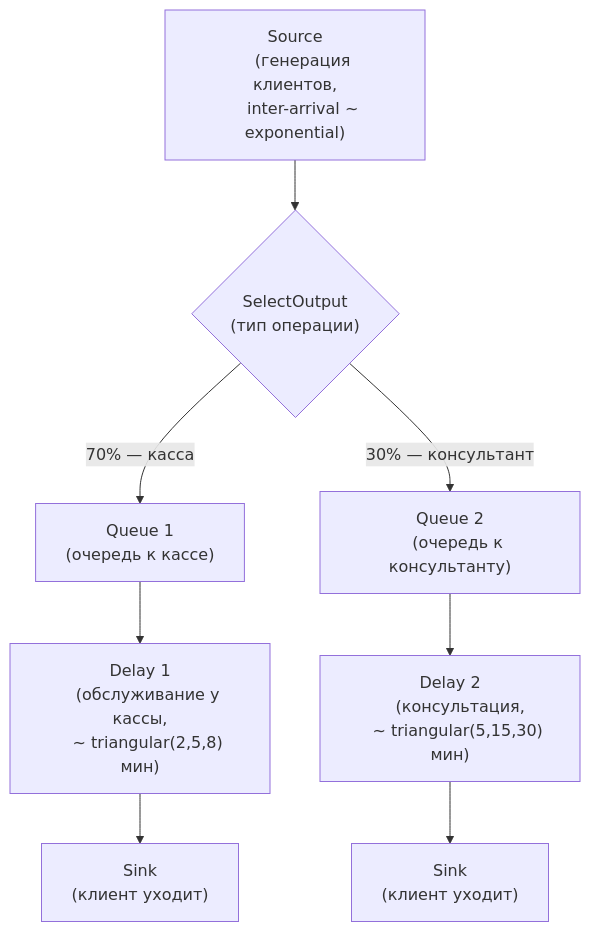
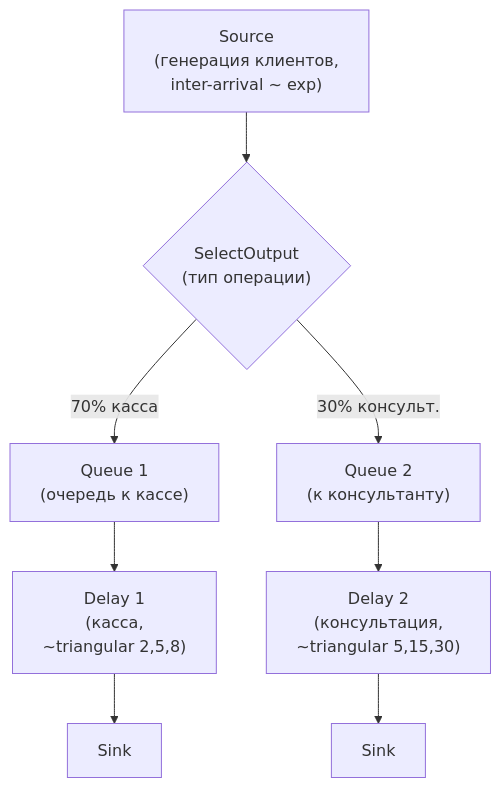
The fifth of 5 diagrams in docs/04-discrete-event.md (stareeg/simulation-modeling-notes), drawn with Mermaid before and after one commit. The commit also changed other lines of this file and 14 other files, not shown here.

````diff
--- a/docs/04-discrete-event.md
+++ b/docs/04-discrete-event.md
@@ -275,30 +266,19 @@
 ```mermaid
 flowchart TD
-    SRC["Source
-    (генерация клиентов,
-    inter-arrival ~ exponential)"]
-    SEL{"SelectOutput
-    (тип операции)"}
-    Q1["Queue 1
-    (очередь к кассе)"]
-    Q2["Queue 2
-    (очередь к консультанту)"]
-    D1["Delay 1
-    (обслуживание у кассы,
-    ~ triangular(2,5,8) мин)"]
-    D2["Delay 2
-    (консультация,
-    ~ triangular(5,15,30) мин)"]
-    SNK1["Sink
-    (клиент уходит)"]
-    SNK2["Sink
-    (клиент уходит)"]
+    SRC["Source<br/>(генерация клиентов,<br/>inter-arrival ~ exp)"]
+    SEL{"SelectOutput<br/>(тип операции)"}
+    Q1["Queue 1<br/>(очередь к кассе)"]
+    Q2["Queue 2<br/>(к консультанту)"]
+    D1["Delay 1<br/>(касса,<br/>~triangular 2,5,8)"]
+    D2["Delay 2<br/>(консультация,<br/>~triangular 5,15,30)"]
+    SNK1["Sink"]
+    SNK2["Sink"]
 
     SRC --> SEL
-    SEL -->|"70% — касса"| Q1
-    SEL -->|"30% — консультант"| Q2
+    SEL -->|"70% касса"| Q1
+    SEL -->|"30% консульт."| Q2
     Q1 --> D1
     Q2 --> D2
     D1 --> SNK1
     D2 --> SNK2
 ```
````
